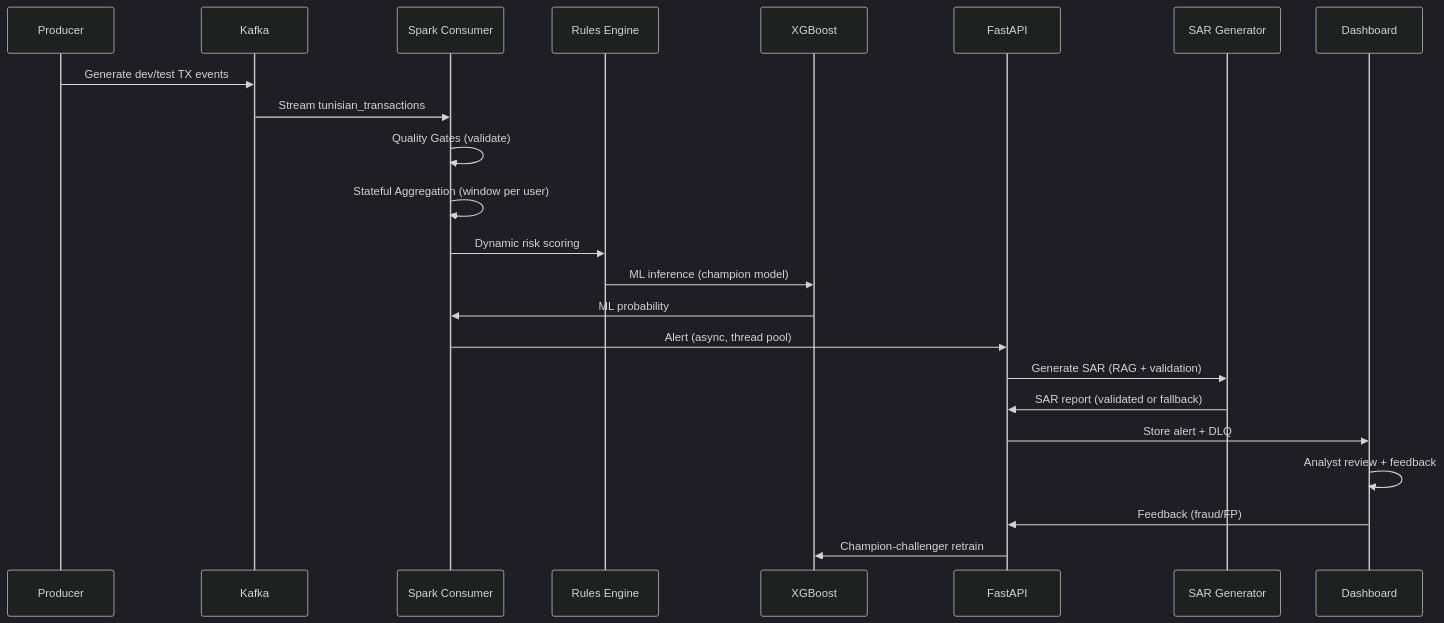
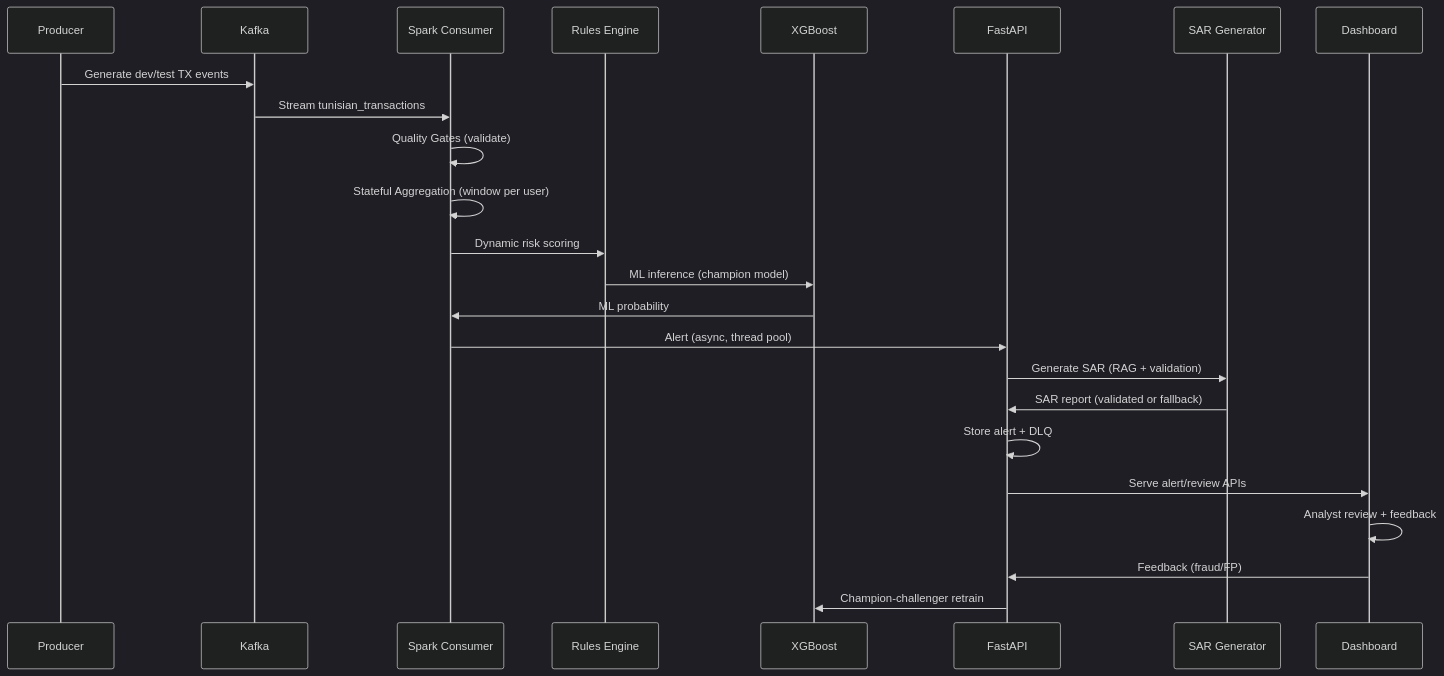
One commit to ReguiguiMohamed/hybrid-real-time-fraud-detection-tunisia changed the third of 5 diagrams in README.md. Above: the diagram before and after it, drawn with Mermaid. The commit also changed other lines of this file and 2 other files, not shown here.

````diff
--- a/README.md
+++ b/README.md
@@ -56,27 +90,28 @@
 ```mermaid
 %%{init: {'theme': 'dark', 'themeVariables': { 'fontSize': '20px'}}}%%
 sequenceDiagram
     participant P as Producer
     participant K as Kafka
     participant C as Spark Consumer
     participant R as Rules Engine
     participant M as XGBoost
     participant A as FastAPI
     participant S as SAR Generator
     participant D as Dashboard
 
     P->>K: Generate dev/test TX events
     K->>C: Stream tunisian_transactions
     C->>C: Quality Gates (validate)
     C->>C: Stateful Aggregation (window per user)
     C->>R: Dynamic risk scoring
     R->>M: ML inference (champion model)
     M->>C: ML probability
     C->>A: Alert (async, thread pool)
     A->>S: Generate SAR (RAG + validation)
     S->>A: SAR report (validated or fallback)
-    A->>D: Store alert + DLQ
+    A->>A: Store alert + DLQ
+    A->>D: Serve alert/review APIs
     D->>D: Analyst review + feedback
     D->>A: Feedback (fraud/FP)
     A->>M: Champion-challenger retrain
 ```
````
